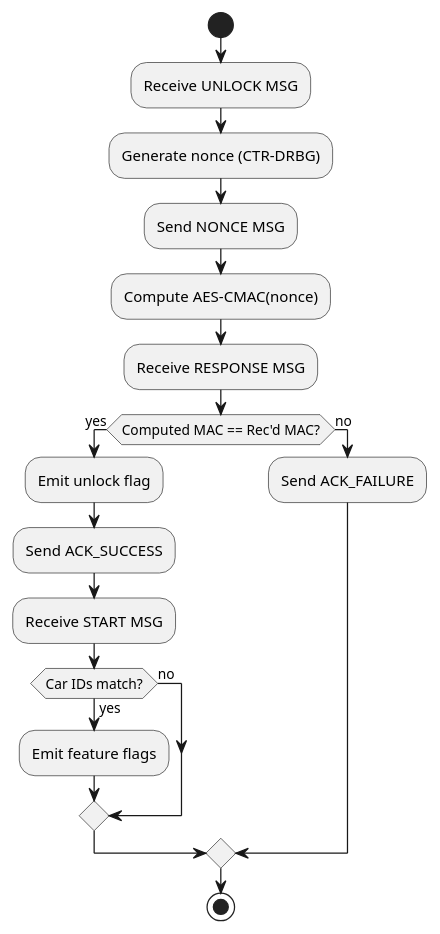
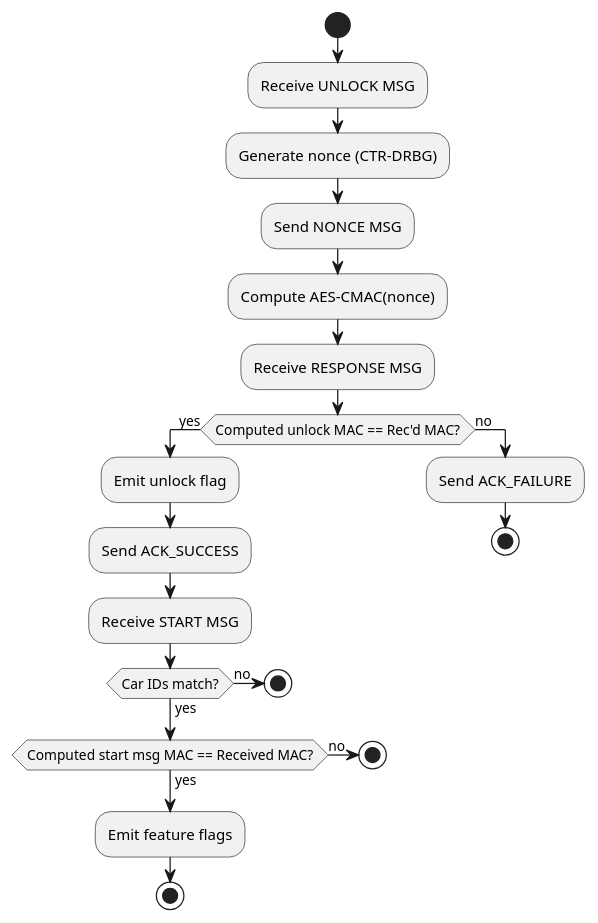
One commit to nathancharlesjones/howHardwareGetsHacked changed the seventh of 10 diagrams in application/README.md. Above: the diagram before and after it, drawn with PlantUML. The commit also changed other lines of this file and 1 other file, not shown here.

````diff
--- a/application/README.md
+++ b/application/README.md
@@ -221,22 +221,28 @@
 ```plantuml
 @startuml
 start
 :Receive UNLOCK MSG;
 :Generate nonce (CTR-DRBG);
 :Send NONCE MSG;
 :Compute AES-CMAC(nonce);
 :Receive RESPONSE MSG;
-if (Computed MAC == Rec'd MAC?) then (yes)
+if (Computed unlock MAC == Rec'd MAC?) then (yes)
   :Emit unlock flag;
   :Send ACK_SUCCESS;
   :Receive START MSG;
-  if (Car IDs match?) then (yes)
-    :Emit feature flags;
-  else (no)
+  if (Car IDs match?) then (no)
+    stop
+  else (yes)
   endif
+  if (Computed start msg MAC == Received MAC?) then (no)
+    stop
+  else (yes)
+  endif
+  :Emit feature flags;
+  stop
 else (no)
   :Send ACK_FAILURE;
+  stop
 endif
-stop
 @enduml
 ```
````
